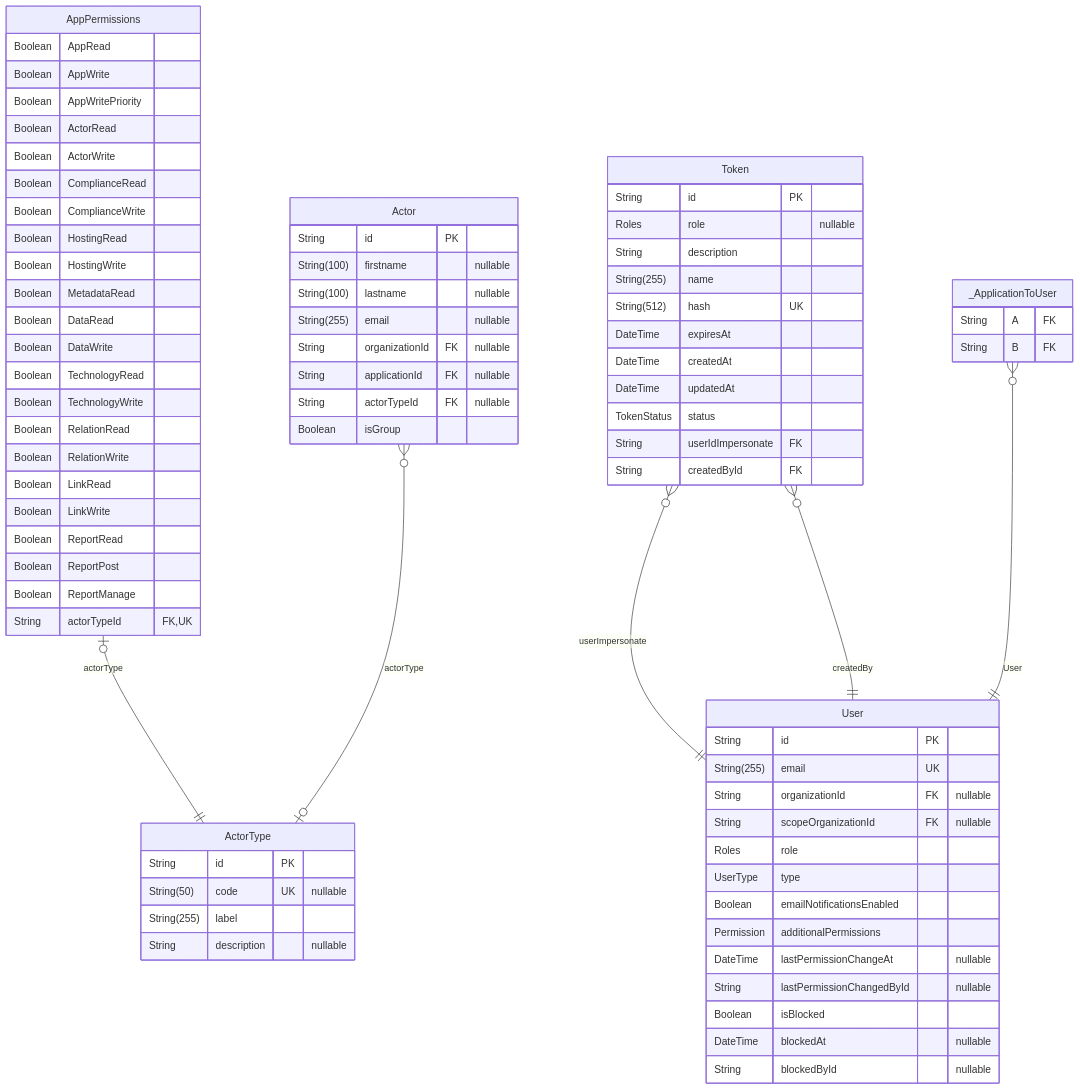
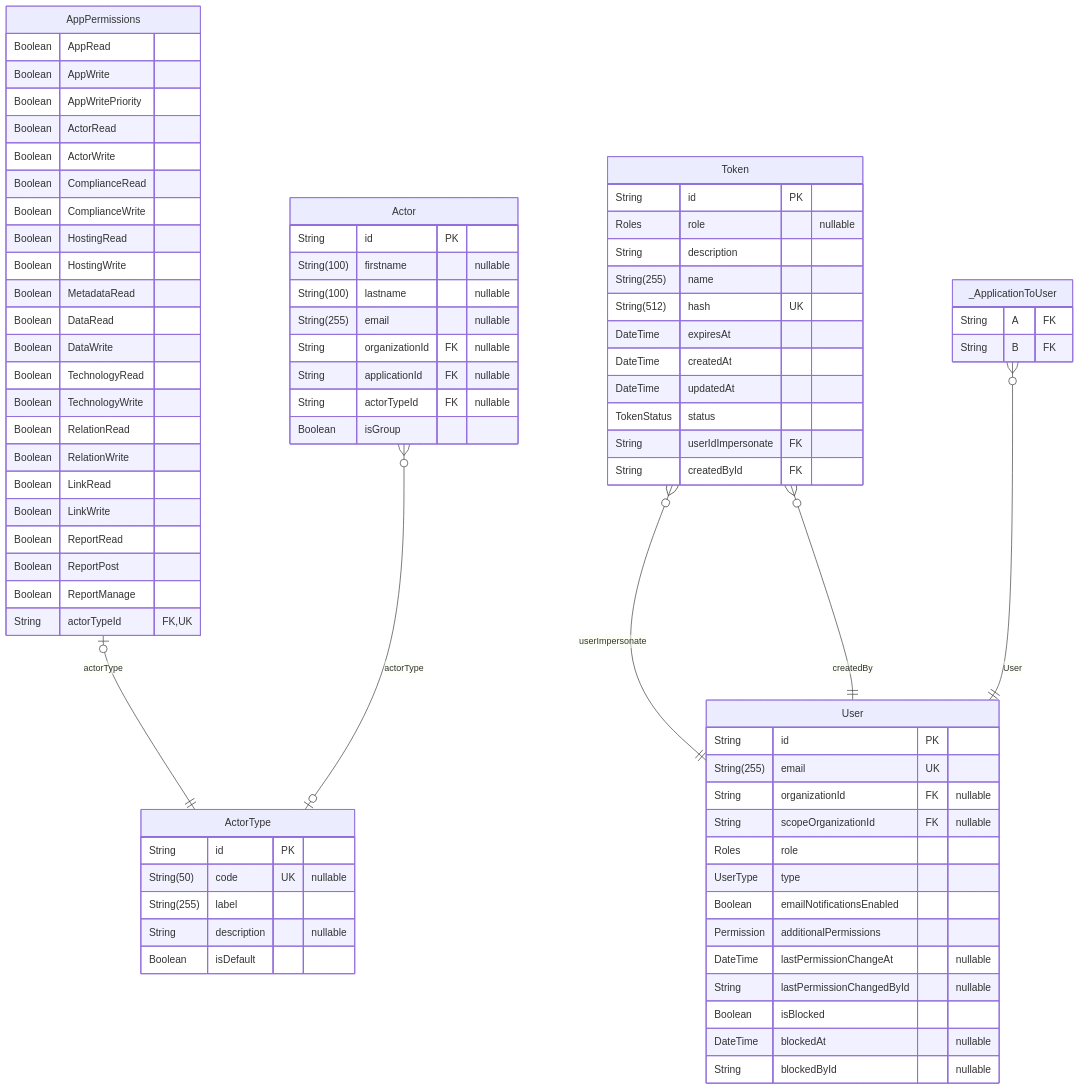
Before and after one commit to dnum-mi/referentiel-applications: the tenth of 14 diagrams in backend/prisma/docs/schema.md, drawn with Mermaid. The commit also changed other lines of this file and 15 other files, not shown here.

````diff
--- a/backend/prisma/docs/schema.md
+++ b/backend/prisma/docs/schema.md
@@ -808,80 +808,81 @@
 ```mermaid
 erDiagram
 "AppPermissions" {
   Boolean AppRead
   Boolean AppWrite
   Boolean AppWritePriority
   Boolean ActorRead
   Boolean ActorWrite
   Boolean ComplianceRead
   Boolean ComplianceWrite
   Boolean HostingRead
   Boolean HostingWrite
   Boolean MetadataRead
   Boolean DataRead
   Boolean DataWrite
   Boolean TechnologyRead
   Boolean TechnologyWrite
   Boolean RelationRead
   Boolean RelationWrite
   Boolean LinkRead
   Boolean LinkWrite
   Boolean ReportRead
   Boolean ReportPost
   Boolean ReportManage
   String actorTypeId FK,UK
 }
 "Token" {
   String id PK
   Roles role "nullable"
   String description
   String(255) name
   String(512) hash UK
   DateTime expiresAt
   DateTime createdAt
   DateTime updatedAt
   TokenStatus status
   String userIdImpersonate FK
   String createdById FK
 }
 "User" {
   String id PK
   String(255) email UK
   String organizationId FK "nullable"
   String scopeOrganizationId FK "nullable"
   Roles role
   UserType type
   Boolean emailNotificationsEnabled
   Permission additionalPermissions
   DateTime lastPermissionChangeAt "nullable"
   String lastPermissionChangedById "nullable"
   Boolean isBlocked
   DateTime blockedAt "nullable"
   String blockedById "nullable"
 }
 "Actor" {
   String id PK
   String(100) firstname "nullable"
   String(100) lastname "nullable"
   String(255) email "nullable"
   String organizationId FK "nullable"
   String applicationId FK "nullable"
   String actorTypeId FK "nullable"
   Boolean isGroup
 }
 "ActorType" {
   String id PK
   String(50) code UK "nullable"
   String(255) label
   String description "nullable"
+  Boolean isDefault
 }
 "_ApplicationToUser" {
   String A FK
   String B FK
 }
 "AppPermissions" |o--|| "ActorType" : actorType
 "Token" }o--|| "User" : userImpersonate
 "Token" }o--|| "User" : createdBy
 "Actor" }o--o| "ActorType" : actorType
 "_ApplicationToUser" }o--|| "User" : User
 ```
````
